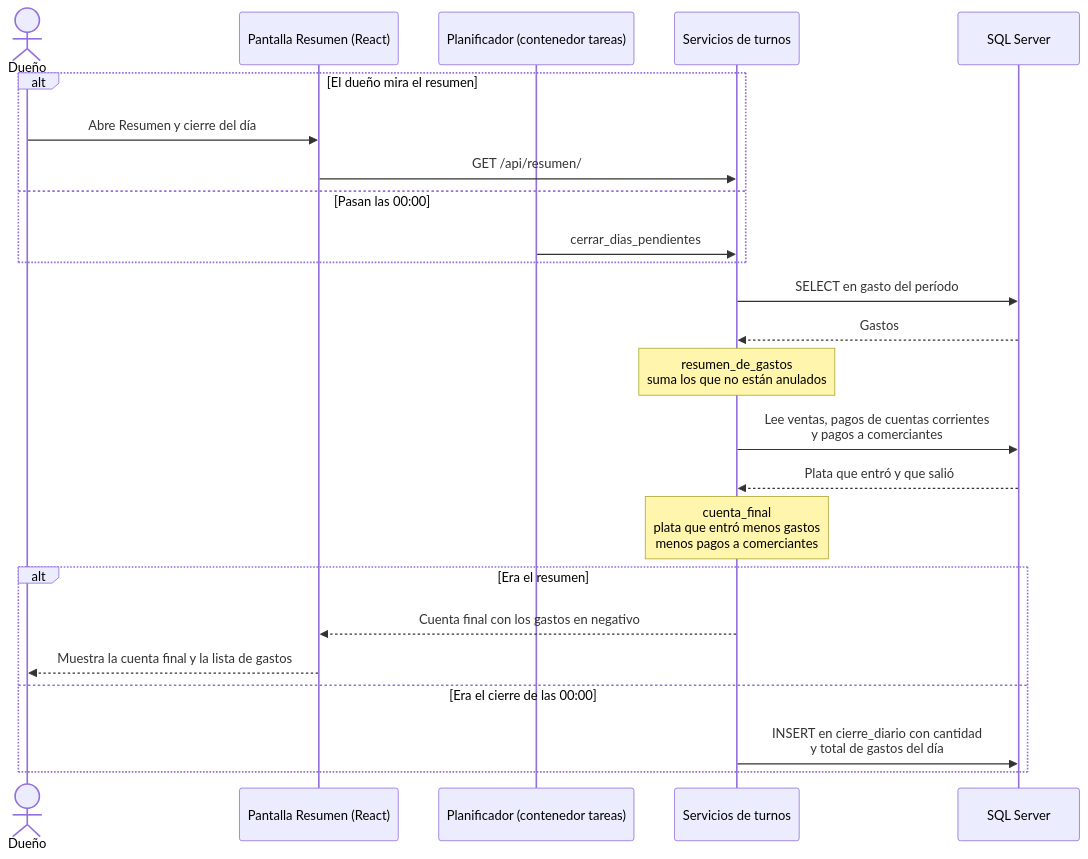
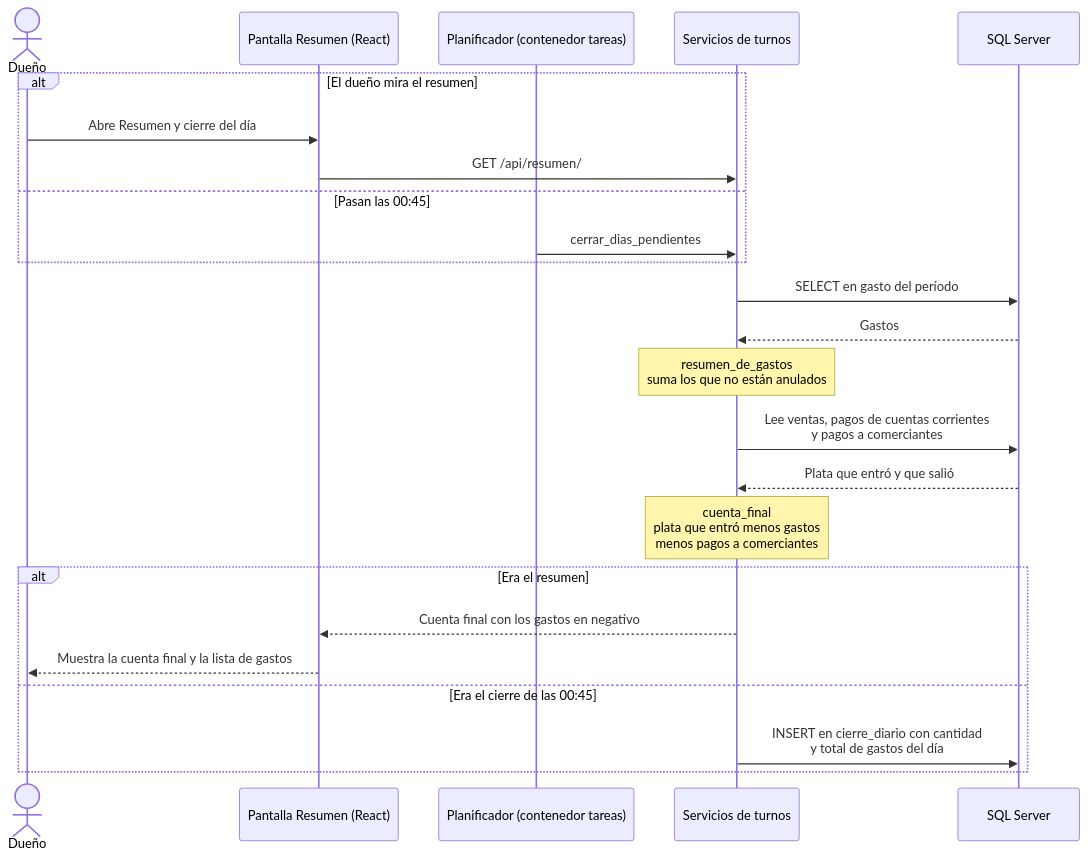
The fourth of 4 diagrams in docs/diagrama-secuencia-gastos.md (guadaluperren12345-art/sistema-de-mercado), drawn with Mermaid before and after one commit. The commit also changed other lines of this file and 50 other files, not shown here.

First line of the commit message:
Cierre automatico a las 00:45 y avisos a los duenos con la caja del dia

````diff
--- a/docs/diagrama-secuencia-gastos.md
+++ b/docs/diagrama-secuencia-gastos.md
@@ -169,29 +169,29 @@
 ```mermaid
 sequenceDiagram
     actor Dueno as Dueño
     participant Resumen as Pantalla Resumen (React)
     participant Plan as Planificador (contenedor tareas)
     participant Servicios as Servicios de turnos
     participant BD as SQL Server
 
     alt El dueño mira el resumen
         Dueno->>Resumen: Abre Resumen y cierre del día
         Resumen->>Servicios: GET /api/resumen/
-    else Pasan las 00:00
+    else Pasan las 00:45
         Plan->>Servicios: cerrar_dias_pendientes
     end
 
     Servicios->>BD: SELECT en gasto del período
     BD-->>Servicios: Gastos
     Note over Servicios: resumen_de_gastos<br/>suma los que no están anulados
     Servicios->>BD: Lee ventas, pagos de cuentas corrientes<br/>y pagos a comerciantes
     BD-->>Servicios: Plata que entró y que salió
     Note over Servicios: cuenta_final<br/>plata que entró menos gastos<br/>menos pagos a comerciantes
 
     alt Era el resumen
         Servicios-->>Resumen: Cuenta final con los gastos en negativo
         Resumen-->>Dueno: Muestra la cuenta final y la lista de gastos
-    else Era el cierre de las 00:00
+    else Era el cierre de las 00:45
         Servicios->>BD: INSERT en cierre_diario con cantidad<br/>y total de gastos del día
     end
 ```
````
